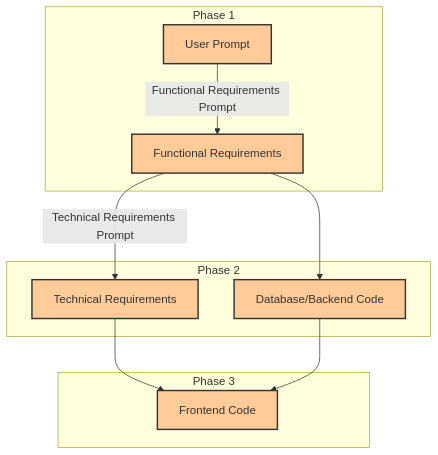
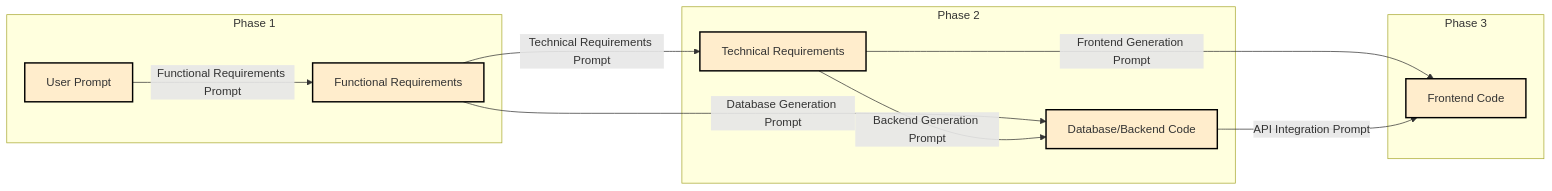
The diagram in README.md (vivek100/oneShotCodeGen), drawn with Mermaid before and after one commit.

Commit message:
updated readme made the graph correct

````diff
--- a/README.md
+++ b/README.md
@@ -17,19 +17,20 @@
 ```mermaid
-graph TD
+graph LR
 subgraph Phase 1
 A[User Prompt] -->|Functional Requirements Prompt| B[Functional Requirements]
 end
 subgraph Phase 2
 B -->|Technical Requirements Prompt| C[Technical Requirements]
-B --> D[Database/Backend Code]
+B -->|Database Generation Prompt| D[Database/Backend Code]
+C -->|Backend Generation Prompt| D
 end
 subgraph Phase 3
-C --> E[Frontend Code]
-D --> E
+C -->|Frontend Generation Prompt| E[Frontend Code]
+D -->|API Integration Prompt| E
 end
-style A fill:#ffcc99,stroke:#333,stroke-width:2px
-style B fill:#ffcc99,stroke:#333,stroke-width:2px
-style C fill:#ffcc99,stroke:#333,stroke-width:2px
-style D fill:#ffcc99,stroke:#333,stroke-width:2px
-style E fill:#ffcc99,stroke:#333,stroke-width:2px
+style A fill:#ffedcc,stroke:#000,stroke-width:2px
+style B fill:#ffedcc,stroke:#000,stroke-width:2px
+style C fill:#ffedcc,stroke:#000,stroke-width:2px
+style D fill:#ffedcc,stroke:#000,stroke-width:2px
+style E fill:#ffedcc,stroke:#000,stroke-width:2px
 ```
````
